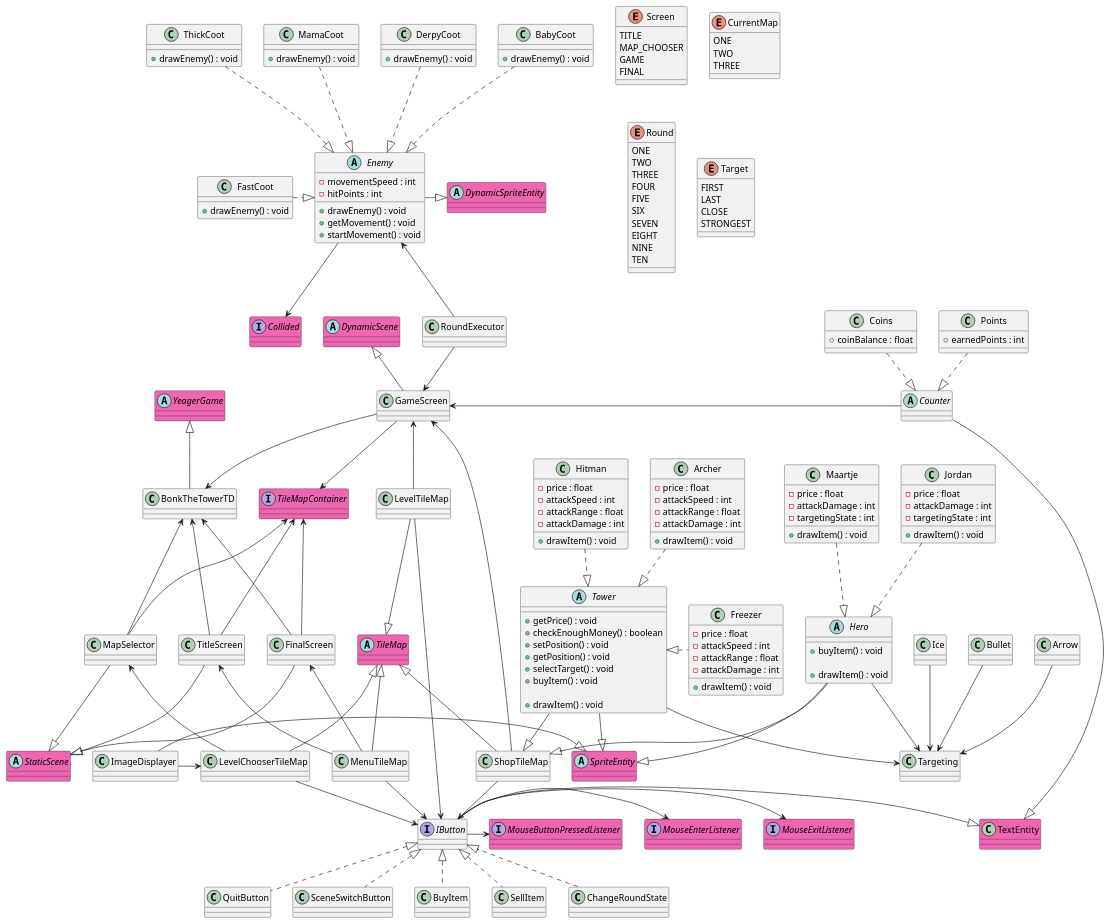
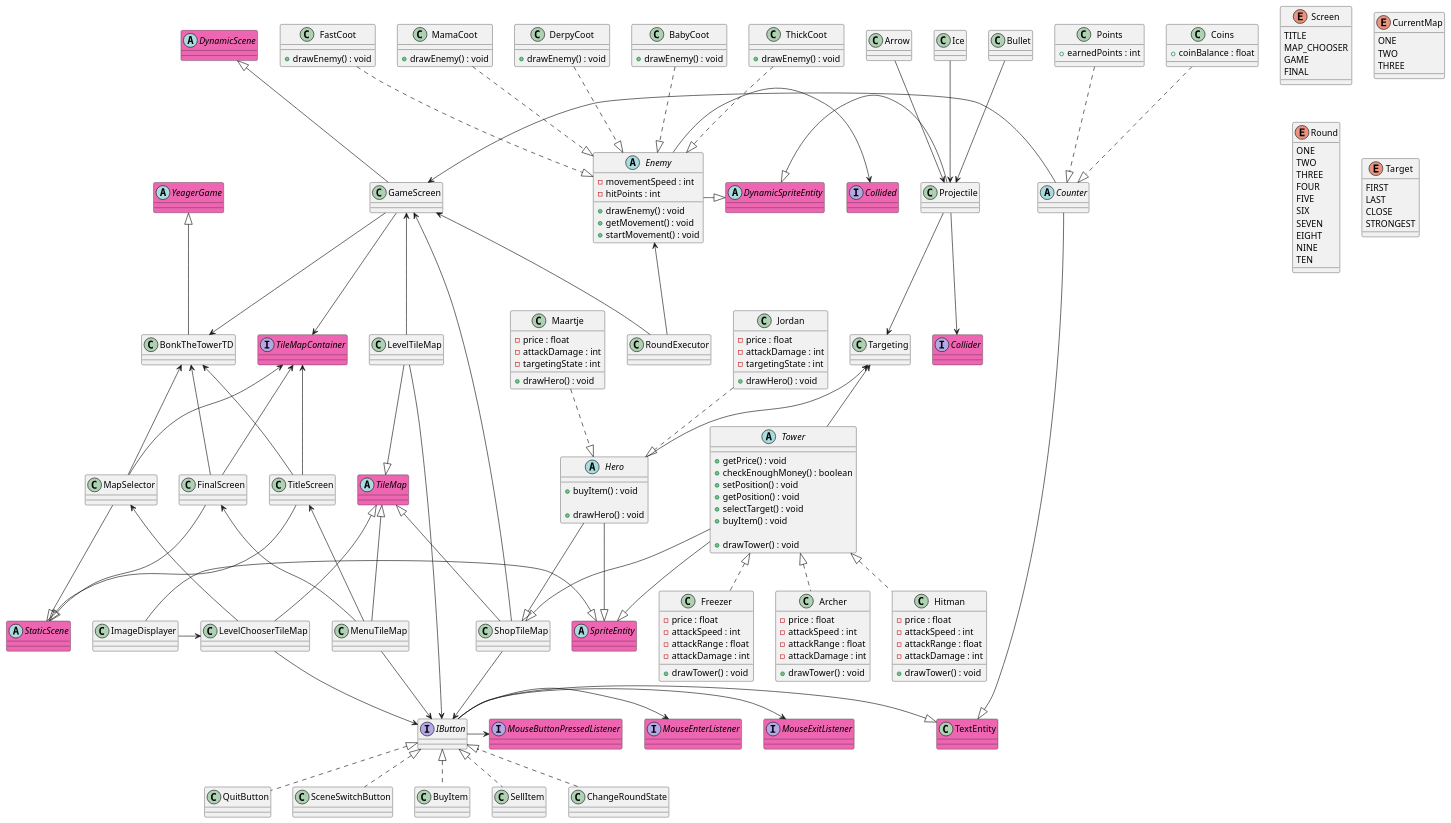
One commit to JordanGeurtsen/ErenYaeger changed the diagram in src/main/BonkTheTowerUML.plantuml. Above: the diagram before and after it, drawn with PlantUML. The commit also changed 5 other files, not shown here.

```diff
--- a/src/main/BonkTheTowerUML.plantuml
+++ b/src/main/BonkTheTowerUML.plantuml
@@ -88,7 +88,7 @@
 }
 
 RoundExecutor -up-> Enemy
-RoundExecutor -down-> GameScreen
+RoundExecutor -up-> GameScreen
 
 class LevelTileMap {
 
@@ -215,7 +215,7 @@
 abstract class Hero {
 +buyItem() : void
 
-+drawItem() : void
++drawHero() : void
 }
 
 Hero <|.up. Jordan
@@ -226,7 +226,7 @@
 -attackDamage : int
 -targetingState : int
 
-+drawItem() : void
++drawHero() : void
 }
 
 class Maartje {
@@ -234,7 +234,7 @@
 -attackDamage : int
 -targetingState : int
 
-+drawItem() : void
++drawHero() : void
 }
 
 abstract class Tower {
@@ -245,7 +245,7 @@
 +selectTarget() : void
 +buyItem() : void
 
-+drawItem() : void
++drawTower() : void
 }
 
 class Archer {
@@ -254,7 +254,7 @@
 -attackRange : float
 -attackDamage : int
 
-+drawItem() : void
++drawTower() : void
 }
 
 class Hitman {
@@ -263,7 +263,7 @@
 -attackRange : float
 -attackDamage : int
 
-+drawItem() : void
++drawTower() : void
 }
 
 class Freezer {
@@ -272,16 +272,17 @@
 -attackRange : float
 -attackDamage : int
 
-+drawItem() : void
++drawTower() : void
 }
 
-Tower <|.up. Archer
-Tower <|.up. Hitman
-Tower <|.right. Freezer
+Tower <|.. Archer
+Tower <|.. Hitman
+Tower <|.. Freezer
 
 Tower --|> SpriteEntity
 Hero --|> SpriteEntity
 Enemy -right-|> DynamicSpriteEntity
+Projectile -left-|> DynamicSpriteEntity
 
 abstract class SpriteEntity #EE66B1 {
 
@@ -296,6 +297,17 @@
 
 }
 
+class Projectile {
+
+}
+
+interface Collider #EE66B1{
+}
+
+Projectile --> Collider
+
+Targeting <-up- Projectile
+
 class Arrow {
 
 }
@@ -308,13 +320,13 @@
 
 }
 
-Targeting <-up- Arrow
-Targeting <-up- Bullet
-Targeting <-up- Ice
+Projectile <-up- Arrow
+Projectile <-up- Bullet
+Projectile <-up- Ice
 
 
-Targeting <-up- Tower
-Targeting <-up- Hero
+Targeting <-- Tower
+Targeting <-- Hero
 
 
 abstract class Enemy {
@@ -330,7 +342,7 @@
 
 }
 
-Enemy --> Collided
+Enemy -right-> Collided
 
 class BabyCoot {
 +drawEnemy() : void
@@ -355,7 +367,7 @@
 Enemy <|.up. BabyCoot
 Enemy <|.up. DerpyCoot
 Enemy <|.up. MamaCoot
-Enemy <|.left. FastCoot
+Enemy <|.up. FastCoot
 Enemy <|.up. ThickCoot
 
 @enduml
```
